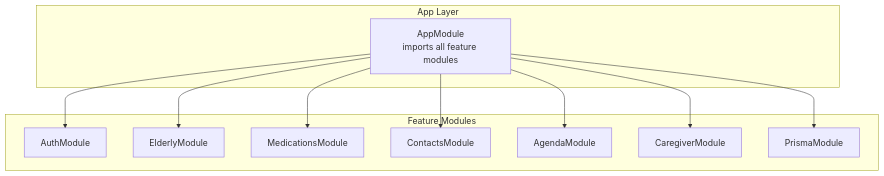
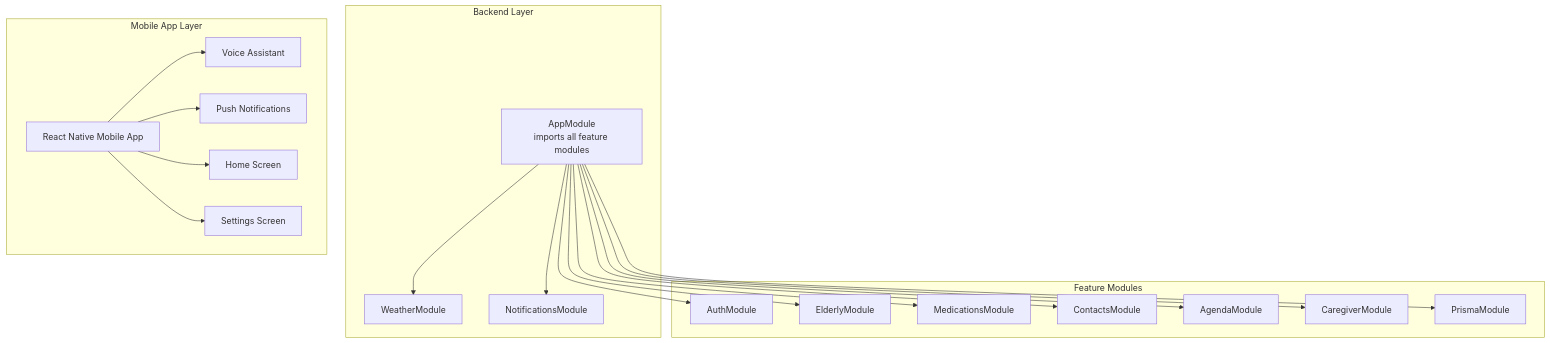
One commit to jairosouza67/99-Pai changed the first of 11 diagrams in .qoder/repowiki/en/content/Elderly Care Management.md. Above: the diagram before and after it, drawn with Mermaid. The commit also changed other lines of this file and 17 other files, not shown here.

````diff
--- a/.qoder/repowiki/en/content/Elderly Care Management.md
+++ b/.qoder/repowiki/en/content/Elderly Care Management.md
@@ -56,22 +83,37 @@
 ```mermaid
 graph TB
-subgraph "App Layer"
+subgraph "Backend Layer"
 APP["AppModule<br/>imports all feature modules"]
+WEATHER["WeatherModule"]
+NOTIFICATIONS["NotificationsModule"]
 end
 subgraph "Feature Modules"
 AUTH["AuthModule"]
 ELDERLY["ElderlyModule"]
 MEDS["MedicationsModule"]
 CONTACTS["ContactsModule"]
 AGENDA["AgendaModule"]
 CAREGIVER["CaregiverModule"]
 PRISMA["PrismaModule"]
 end
+subgraph "Mobile App Layer"
+MOBILE["React Native Mobile App"]
+VOICE["Voice Assistant"]
+PUSH["Push Notifications"]
+HOME["Home Screen"]
+SETTINGS["Settings Screen"]
+end
 APP --> AUTH
 APP --> ELDERLY
 APP --> MEDS
 APP --> CONTACTS
 APP --> AGENDA
 APP --> CAREGIVER
+APP --> WEATHER
+APP --> NOTIFICATIONS
 APP --> PRISMA
+MOBILE --> VOICE
+MOBILE --> PUSH
+MOBILE --> HOME
+MOBILE --> SETTINGS
 ```
````
